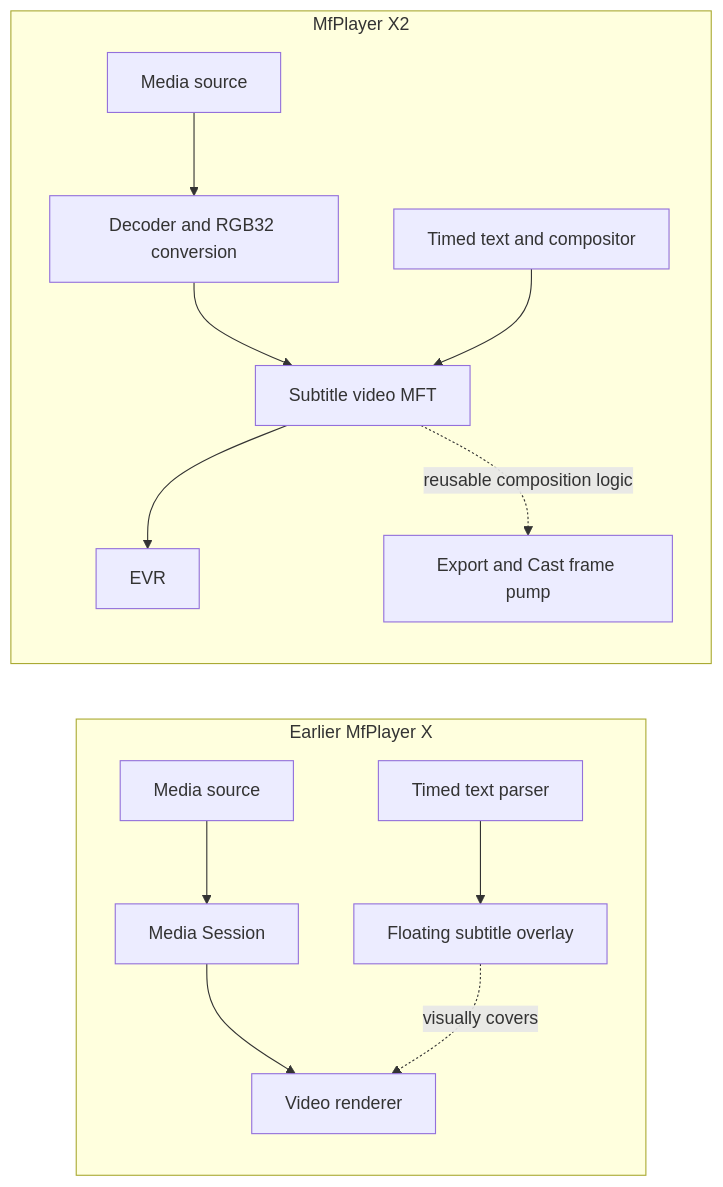
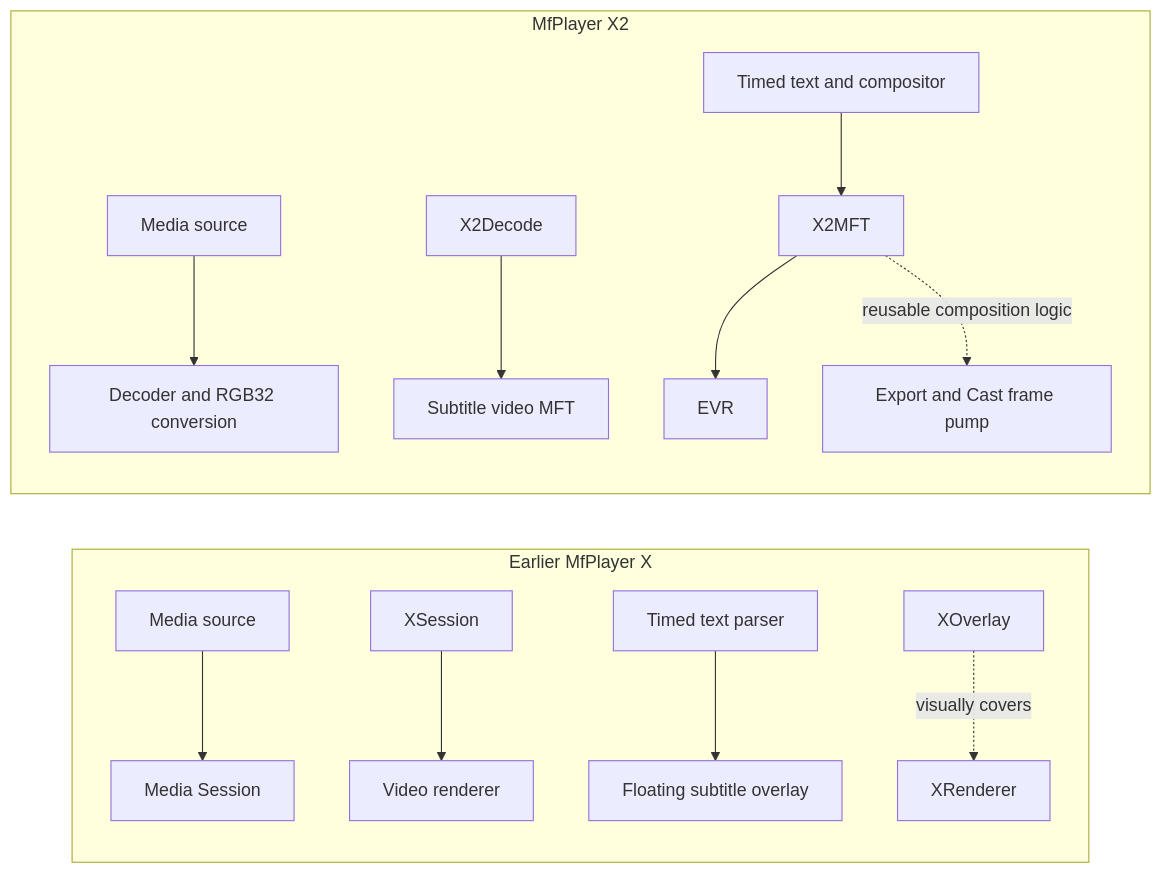
Before and after one commit to FactoryXCode/MfPack: the first of 10 diagrams in MfPack/Samples/MfPlayer X2/Docs/MfPlayer_X2_Architecture_and_Chromecast.md, drawn with Mermaid. The commit also changed other lines of this file and 10 other files, not shown here.

Commit message:
Updated MfPlayer X2 for ChromeCast WebVTT

````diff
--- a/MfPack/Samples/MfPlayer X2/Docs/MfPlayer_X2_Architecture_and_Chromecast.md
+++ b/MfPack/Samples/MfPlayer X2/Docs/MfPlayer_X2_Architecture_and_Chromecast.md
@@ -105,17 +105,17 @@
 ```mermaid
 flowchart LR
-    subgraph X[Earlier MfPlayer X]
-        XSource[Media source] --> XSession[Media Session]
-        XSession --> XRenderer[Video renderer]
-        XTimed[Timed text parser] --> XOverlay[Floating subtitle overlay]
+    subgraph X\[Earlier MfPlayer X]
+        XSource\[Media source] --> XSession\[Media Session]
+        XSession --> XRenderer\[Video renderer]
+        XTimed\[Timed text parser] --> XOverlay\[Floating subtitle overlay]
         XOverlay -. visually covers .-> XRenderer
     end
 
-    subgraph X2[MfPlayer X2]
-        X2Source[Media source] --> X2Decode[Decoder and RGB32 conversion]
-        X2Decode --> X2MFT[Subtitle video MFT]
-        X2Timed[Timed text and compositor] --> X2MFT
-        X2MFT --> X2Renderer[EVR]
-        X2MFT -. reusable composition logic .-> X2Export[Export and Cast frame pump]
+    subgraph X2\[MfPlayer X2]
+        X2Source\[Media source] --> X2Decode\[Decoder and RGB32 conversion]
+        X2Decode --> X2MFT\[Subtitle video MFT]
+        X2Timed\[Timed text and compositor] --> X2MFT
+        X2MFT --> X2Renderer\[EVR]
+        X2MFT -. reusable composition logic .-> X2Export\[Export and Cast frame pump]
     end
 ```
````
